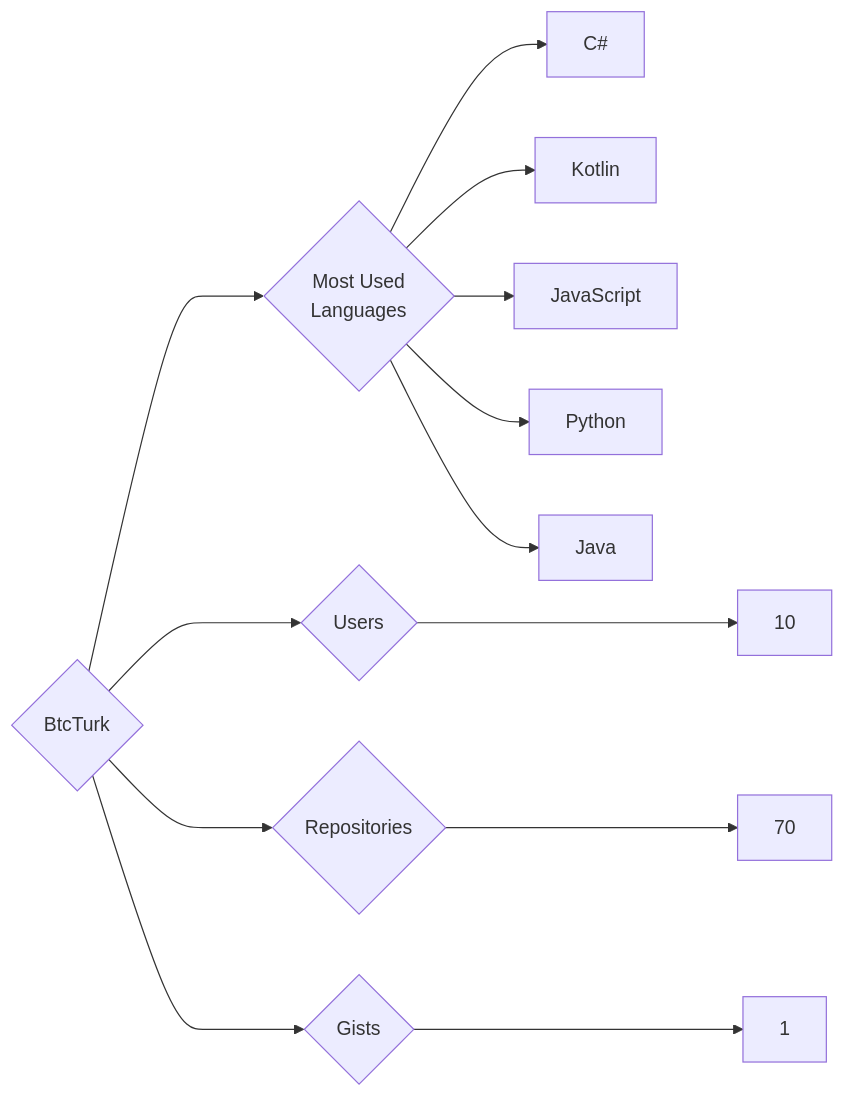
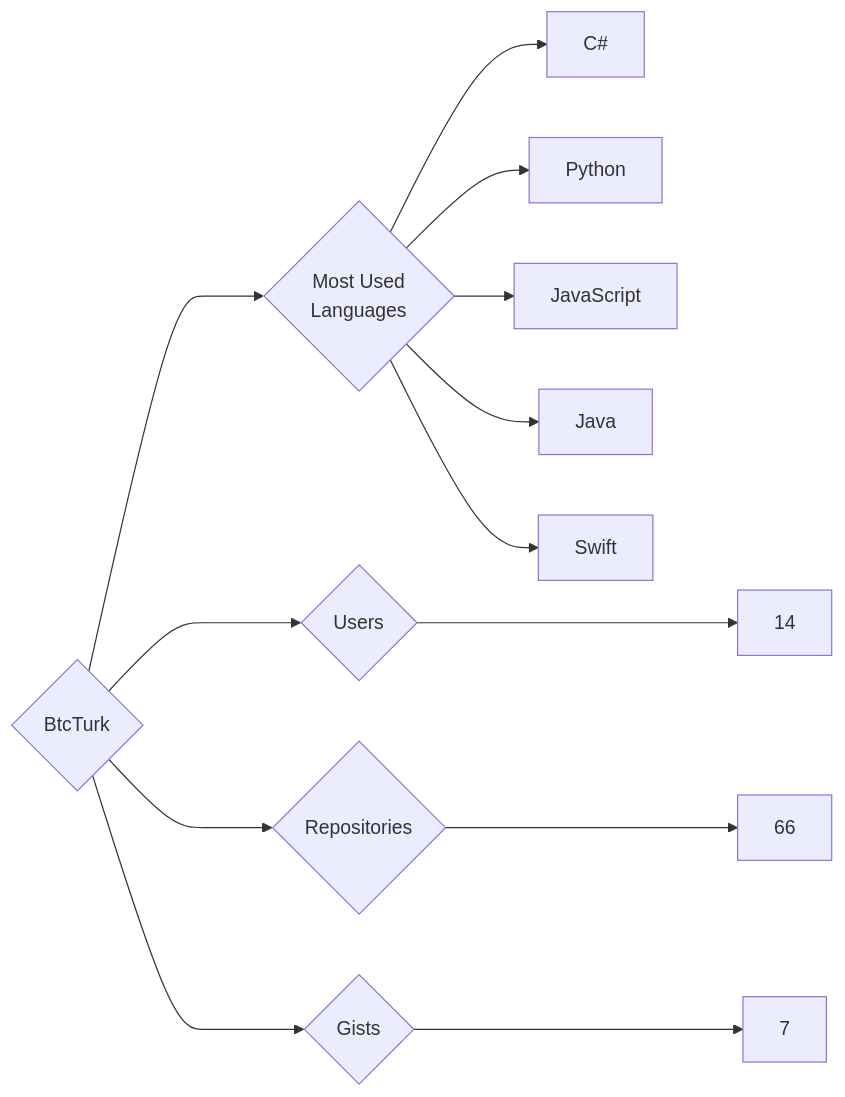
The diagram in targets/BtcTurk/README.md (trickest/insiders), drawn with Mermaid before and after one commit. The commit also changed 874 other files, not shown here.

````diff
--- a/targets/BtcTurk/README.md
+++ b/targets/BtcTurk/README.md
@@ -3,13 +3,13 @@
 ```mermaid
 graph LR
 COMPANY_NAME{BtcTurk}
-COMPANY_NAME ---> U{Users} ---> UN[10]
-COMPANY_NAME ---> R{Repositories} ---> RN[70]
-COMPANY_NAME ---> G{Gists} ---> GN[1]
+COMPANY_NAME ---> U{Users} ---> UN[14]
+COMPANY_NAME ---> R{Repositories} ---> RN[66]
+COMPANY_NAME ---> G{Gists} ---> GN[7]
 COMPANY_NAME ---> ML{Most Used<br>Languages}
 ML --> C#[C#]
-ML --> Kotlin[Kotlin]
+ML --> Python[Python]
 ML --> JavaScript[JavaScript]
-ML --> Python[Python]
 ML --> Java[Java]
+ML --> Swift[Swift]
 ```
````
